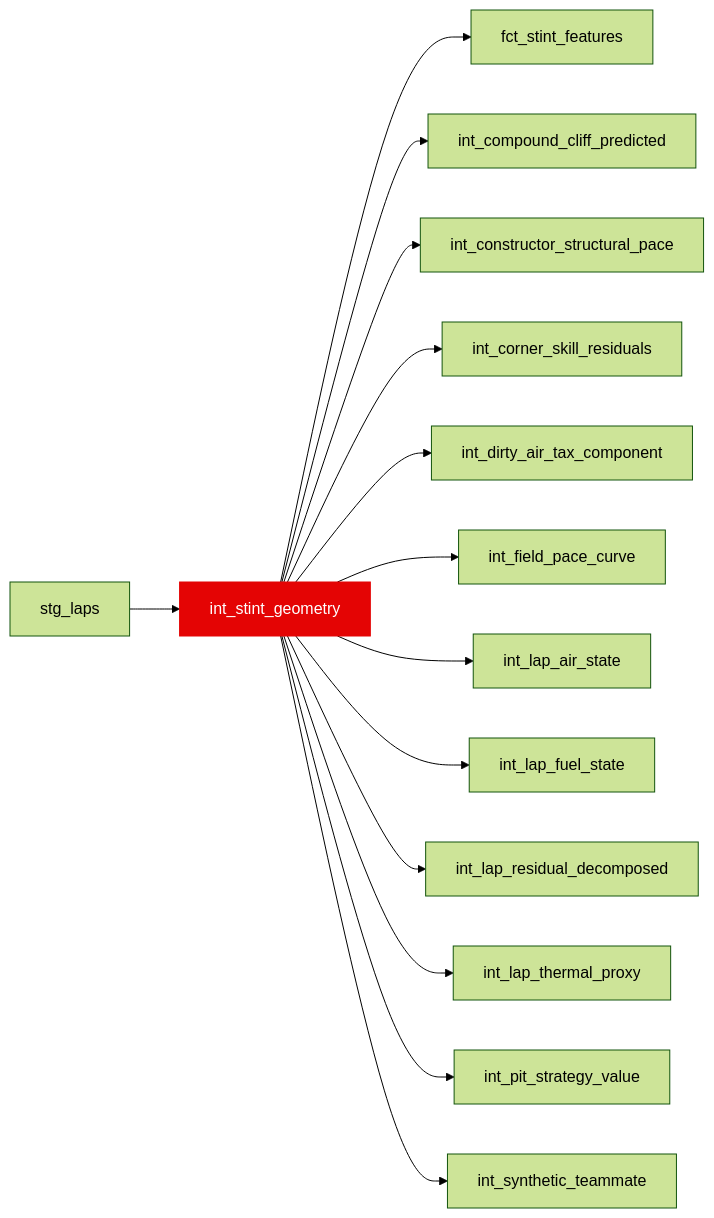
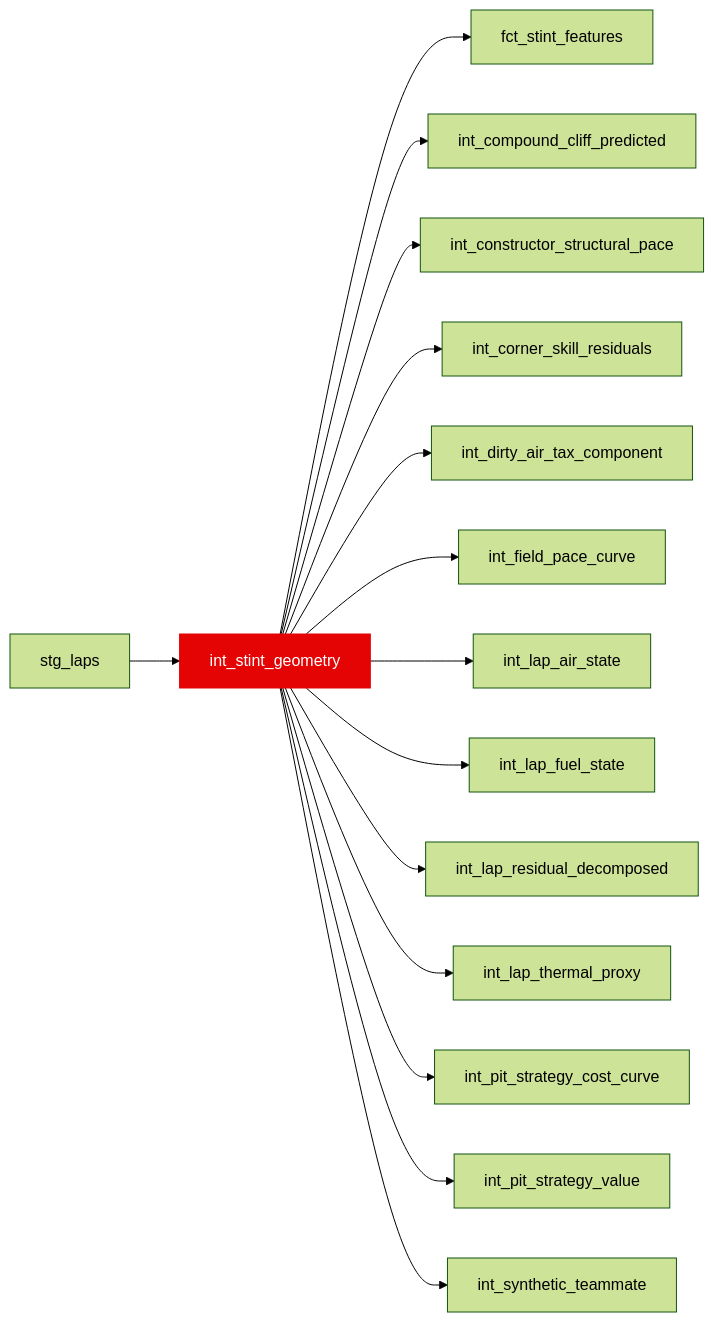
The diagram in docs/reference/models/int/int_stint_geometry.mdx (JustinClarke/off-the-pace), drawn with Mermaid (forest theme) before and after one commit. The commit also changed 89 other files, not shown here.

````diff
--- a/docs/reference/models/int/int_stint_geometry.mdx
+++ b/docs/reference/models/int/int_stint_geometry.mdx
@@ -15,17 +15,18 @@
 ```mermaid
 flowchart LR
   stg_laps --> int_stint_geometry
   int_stint_geometry --> fct_stint_features
   int_stint_geometry --> int_compound_cliff_predicted
   int_stint_geometry --> int_constructor_structural_pace
   int_stint_geometry --> int_corner_skill_residuals
   int_stint_geometry --> int_dirty_air_tax_component
   int_stint_geometry --> int_field_pace_curve
   int_stint_geometry --> int_lap_air_state
   int_stint_geometry --> int_lap_fuel_state
   int_stint_geometry --> int_lap_residual_decomposed
   int_stint_geometry --> int_lap_thermal_proxy
+  int_stint_geometry --> int_pit_strategy_cost_curve
   int_stint_geometry --> int_pit_strategy_value
   int_stint_geometry --> int_synthetic_teammate
   style int_stint_geometry fill:#e40404,stroke:#e40404,color:#fff
 ```
````
